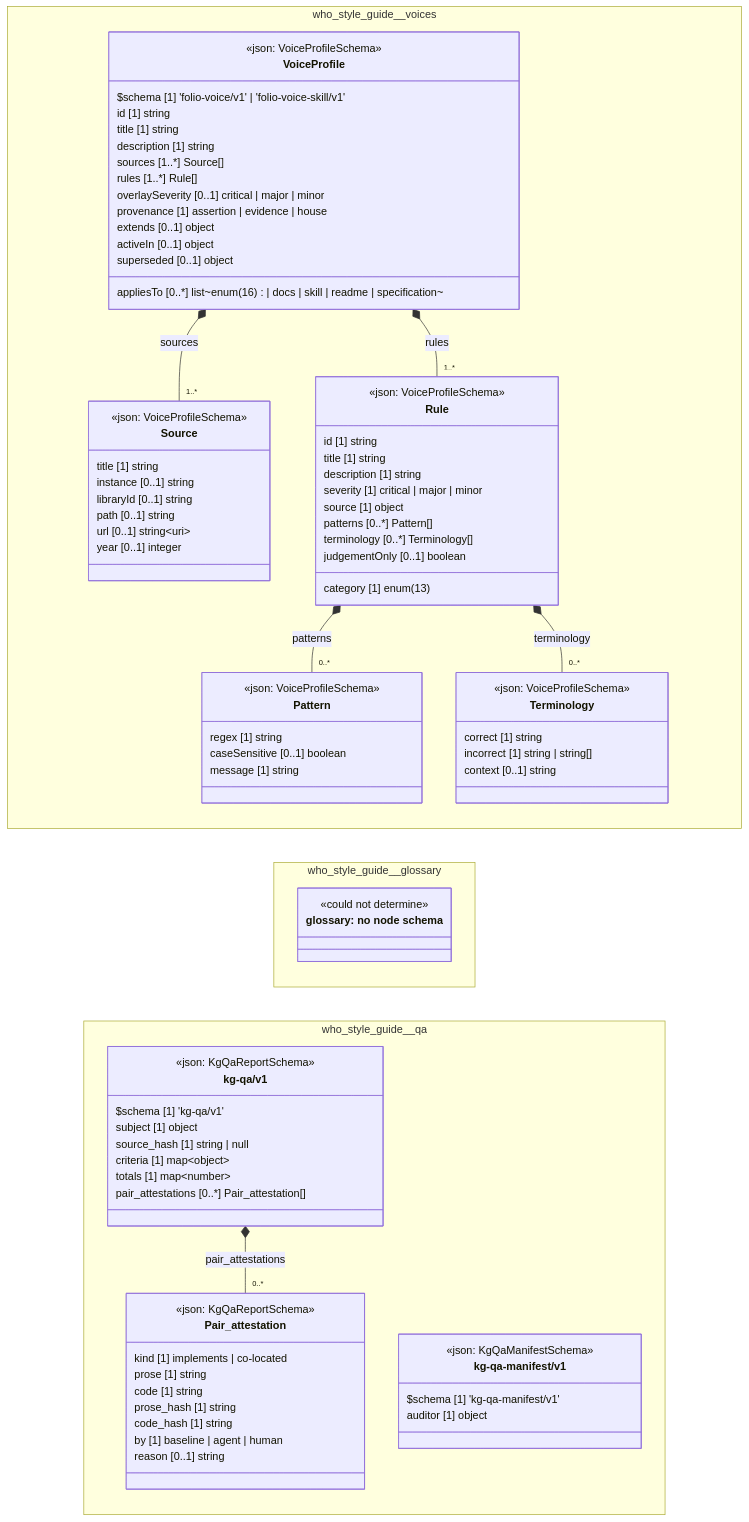
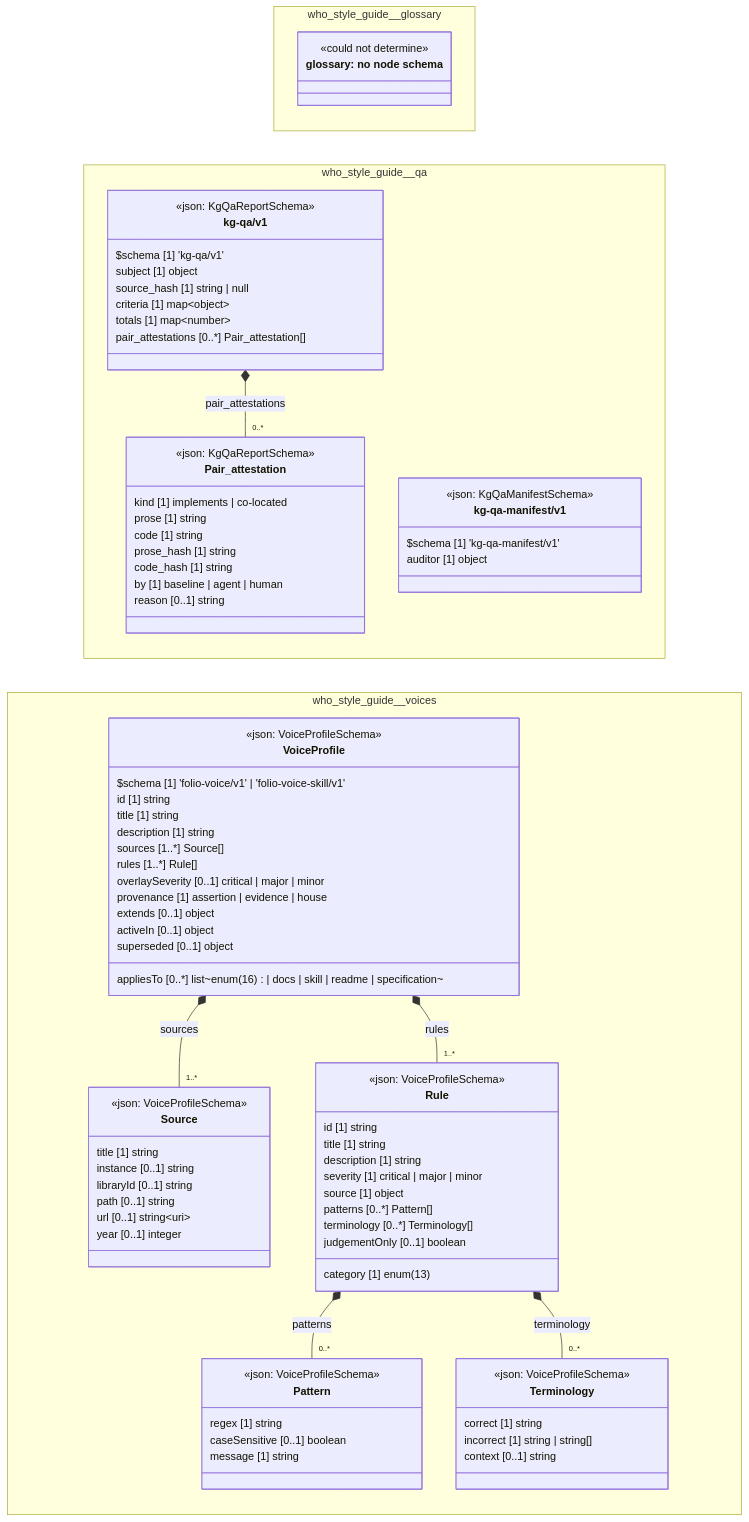
The diagram in cat-harness/docs/uml/overview/who-style-guide.md (litlfred/folio-assistant), drawn with Mermaid before and after one commit. The commit also changed other lines of this file and 76 other files, not shown here.

````diff
--- a/cat-harness/docs/uml/overview/who-style-guide.md
+++ b/cat-harness/docs/uml/overview/who-style-guide.md
@@ -46,6 +46,37 @@
 ```mermaid
 classDiagram
   direction LR
+  namespace who_style_guide__glossary {
+    class n_who_style_guide_glossary_glossary["glossary: no node schema"] {
+      <<could not determine>>
+    }
+  }
+  namespace who_style_guide__qa {
+    class who_style_guide_qa_kg_qa_v1_Pair_attestation["Pair_attestation"] {
+      <<json: KgQaReportSchema>>
+      kind [1] implements | co-located
+      prose [1] string
+      code [1] string
+      prose_hash [1] string
+      code_hash [1] string
+      by [1] baseline | agent | human
+      reason [0..1] string
+    }
+    class who_style_guide_qa_kg_qa_v1_kg_qa_v1["kg-qa/v1"] {
+      <<json: KgQaReportSchema>>
+      $schema [1] 'kg-qa/v1'
+      subject [1] object
+      source_hash [1] string | null
+      criteria [1] map~object~
+      totals [1] map~number~
+      pair_attestations [0..*] Pair_attestation[]
+    }
+    class who_style_guide_qa_kg_qa_manifest_v1_kg_qa_manifest_v1["kg-qa-manifest/v1"] {
+      <<json: KgQaManifestSchema>>
+      $schema [1] 'kg-qa-manifest/v1'
+      auditor [1] object
+    }
+  }
   namespace who_style_guide__voices {
     class who_style_guide_voices_Source["Source"] {
       <<json: VoiceProfileSchema>>
@@ -96,37 +127,12 @@
       superseded [0..1] object
     }
   }
-  namespace who_style_guide__glossary {
-    class n_who_style_guide_glossary_glossary["glossary: no node schema"] {
-      <<could not determine>>
-    }
-  }
-  namespace who_style_guide__qa {
-    class who_style_guide_qa_kg_qa_v1_Pair_attestation["Pair_attestation"] {
-      <<json: KgQaReportSchema>>
-      kind [1] implements | co-located
-      prose [1] string
-      code [1] string
-      prose_hash [1] string
-      code_hash [1] string
-      by [1] baseline | agent | human
-      reason [0..1] string
-    }
-    class who_style_guide_qa_kg_qa_v1_kg_qa_v1["kg-qa/v1"] {
-      <<json: KgQaReportSchema>>
-      $schema [1] 'kg-qa/v1'
-      subject [1] object
-      source_hash [1] string | null
-      criteria [1] map~object~
-      totals [1] map~number~
-      pair_attestations [0..*] Pair_attestation[]
-    }
-    class who_style_guide_qa_kg_qa_manifest_v1_kg_qa_manifest_v1["kg-qa-manifest/v1"] {
-      <<json: KgQaManifestSchema>>
-      $schema [1] 'kg-qa-manifest/v1'
-      auditor [1] object
-    }
-  }
+  cssClass "n_who_style_guide_glossary_glossary" fa_uml_kind_glossary
+  cssClass "n_who_style_guide_glossary_glossary" fa_uml_undetermined
+  who_style_guide_qa_kg_qa_v1_kg_qa_v1 *-- "0..*" who_style_guide_qa_kg_qa_v1_Pair_attestation : pair_attestations
+  cssClass "who_style_guide_qa_kg_qa_v1_Pair_attestation" fa_uml_kind_qa
+  cssClass "who_style_guide_qa_kg_qa_v1_kg_qa_v1" fa_uml_kind_qa
+  cssClass "who_style_guide_qa_kg_qa_manifest_v1_kg_qa_manifest_v1" fa_uml_kind_qa
   who_style_guide_voices_VoiceProfile *-- "1..*" who_style_guide_voices_Source : sources
   who_style_guide_voices_Rule *-- "0..*" who_style_guide_voices_Pattern : patterns
   who_style_guide_voices_Rule *-- "0..*" who_style_guide_voices_Terminology : terminology
@@ -136,10 +142,4 @@
   cssClass "who_style_guide_voices_Terminology" fa_uml_kind_voices
   cssClass "who_style_guide_voices_Rule" fa_uml_kind_voices
   cssClass "who_style_guide_voices_VoiceProfile" fa_uml_kind_voices
-  cssClass "n_who_style_guide_glossary_glossary" fa_uml_kind_glossary
-  cssClass "n_who_style_guide_glossary_glossary" fa_uml_undetermined
-  who_style_guide_qa_kg_qa_v1_kg_qa_v1 *-- "0..*" who_style_guide_qa_kg_qa_v1_Pair_attestation : pair_attestations
-  cssClass "who_style_guide_qa_kg_qa_v1_Pair_attestation" fa_uml_kind_qa
-  cssClass "who_style_guide_qa_kg_qa_v1_kg_qa_v1" fa_uml_kind_qa
-  cssClass "who_style_guide_qa_kg_qa_manifest_v1_kg_qa_manifest_v1" fa_uml_kind_qa
 ```
````
